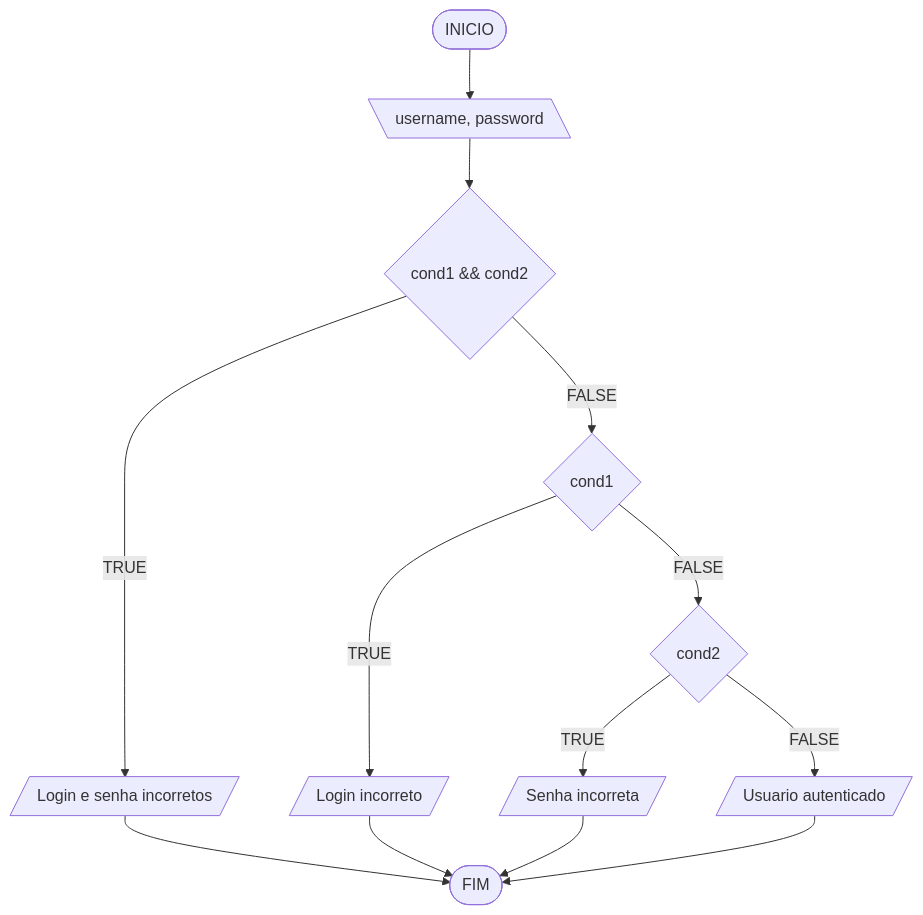
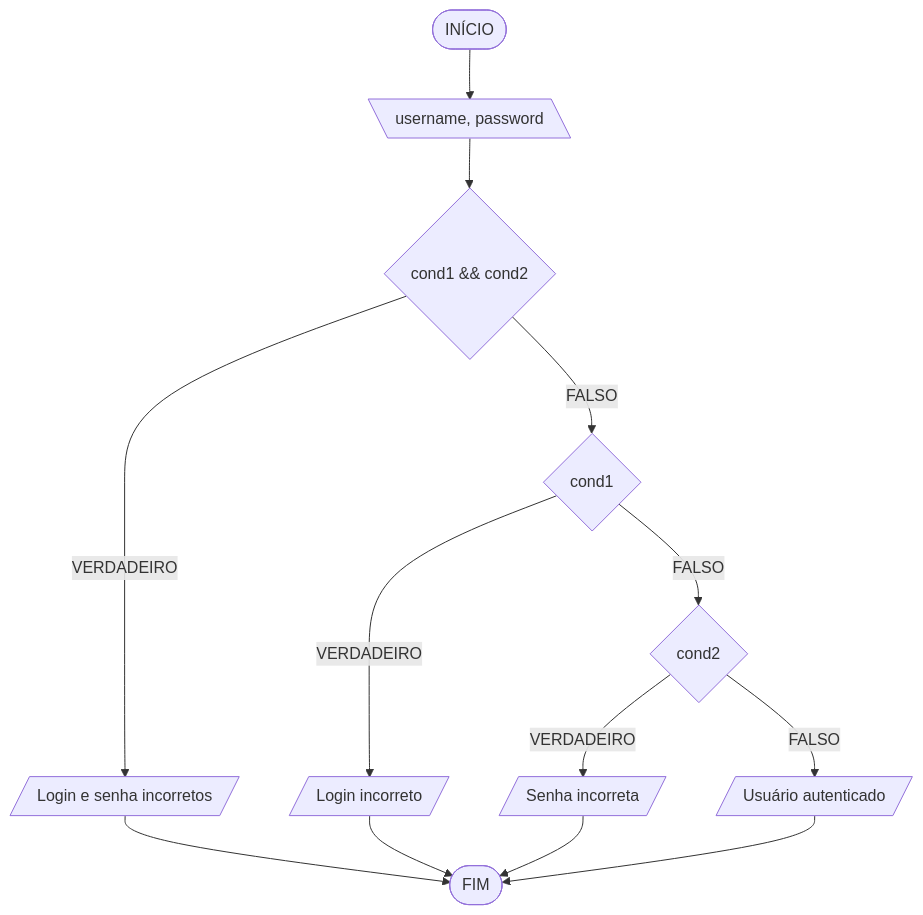
One commit to Carlos-Eduardo-Freitas/JavaScript-C-JAVA-Python changed the sixth of 6 diagrams in JavaScript/Aula 2: Estruturas Condicionais/Estruturas Condicionais.md. Above: the diagram before and after it, drawn with Mermaid. The commit also changed other lines of this file, not shown here.

````diff
--- a/JavaScript/Aula 2: Estruturas Condicionais/Estruturas Condicionais.md
+++ b/JavaScript/Aula 2: Estruturas Condicionais/Estruturas Condicionais.md
@@ -184,15 +188,15 @@
 ```mermaid
 flowchart TD
-A([INICIO]) --> B[\username, password\]
+A([INÍCIO]) --> B[\"username, password"\]
 B --> C{cond1 && cond2}
-C -- TRUE --> D[/Login e senha incorretos/]
-C -- FALSE --> E{cond1}
-E -- TRUE --> F[/Login incorreto/]
-E -- FALSE --> G{cond2}
-G -- TRUE --> H[/Senha incorreta/]
-G -- FALSE --> I[/Usuario autenticado/]
+C -->|VERDADEIRO| D[/"Login e senha incorretos"/]
+C -->|FALSO| E{cond1}
+E -->|VERDADEIRO| F[/"Login incorreto"/]
+E -->|FALSO| G{cond2}
+G -->|VERDADEIRO| H[/"Senha incorreta"/]
+G -->|FALSO| I[/"Usuário autenticado"/]
 D --> J([FIM])
 F --> J
 H --> J
 I --> J
 ```
````
